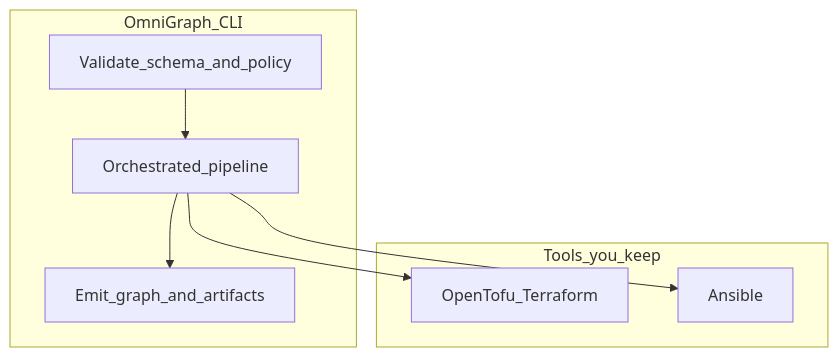
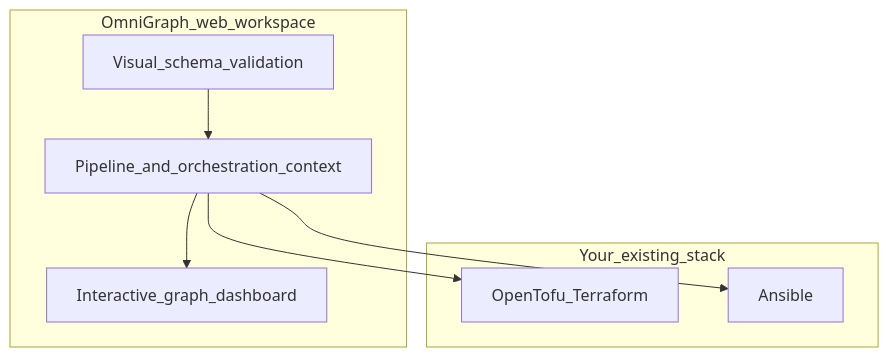
One commit to kennetholsenatm-gif/OmniGraph changed the diagram in README.md. Above: the diagram before and after it, drawn with Mermaid. The commit also changed other lines of this file and 25 other files, not shown here.

````diff
--- a/README.md
+++ b/README.md
@@ -5,16 +9,16 @@
 ```mermaid
 flowchart TB
-  subgraph og [OmniGraph_CLI]
-    V[Validate_schema_and_policy]
-    P[Orchestrated_pipeline]
-    E[Emit_graph_and_artifacts]
+  subgraph og [OmniGraph_web_workspace]
+    V[Visual_schema_validation]
+    P[Pipeline_and_orchestration_context]
+    E[Interactive_graph_dashboard]
   end
-  subgraph yours [Tools_you_keep]
+  subgraph yours [Your_existing_stack]
     TF[OpenTofu_Terraform]
     AN[Ansible]
   end
   V --> P
   P --> TF
   P --> AN
   P --> E
 ```
````
